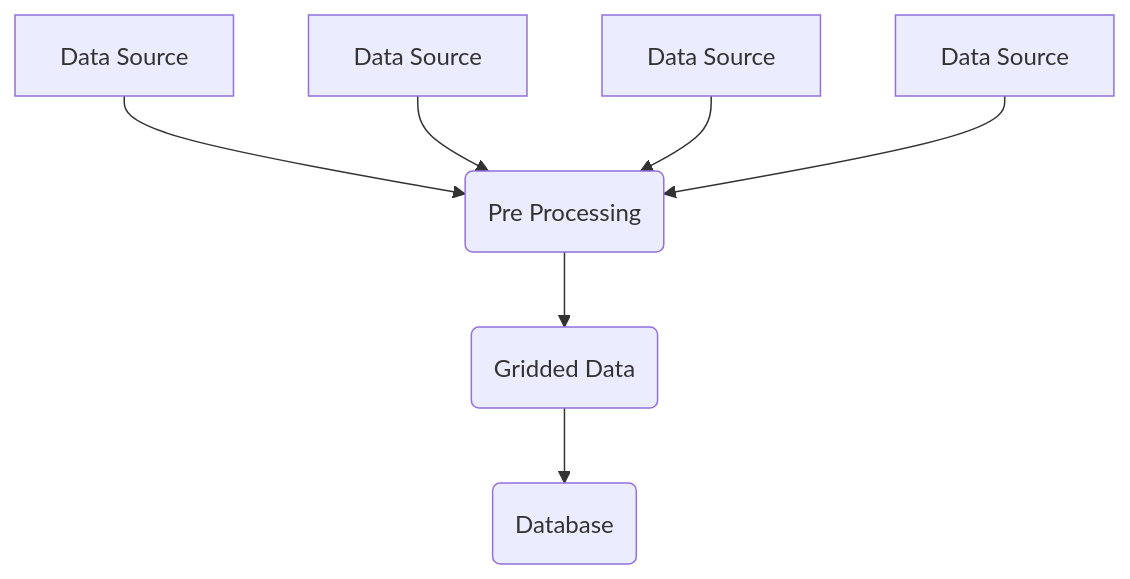
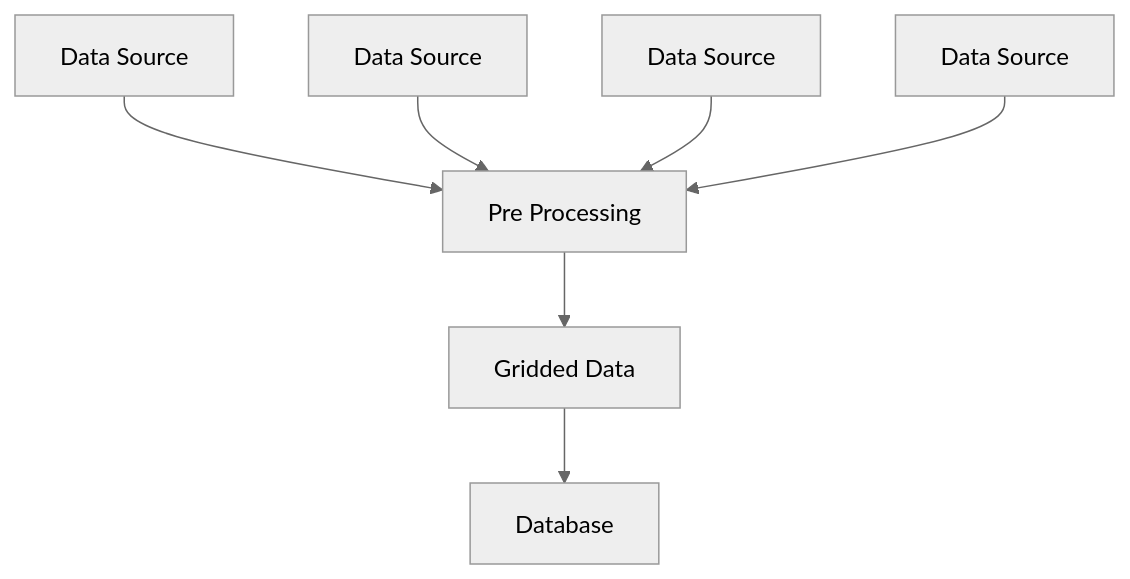
One commit to hugotseixas/tica-book changed the diagram in 03_methods.qmd. Above: the diagram before and after it, drawn with Mermaid. The commit also changed 4 other files, not shown here.

Commit message:
Change diagram theme.

````diff
--- a/03_methods.qmd
+++ b/03_methods.qmd
@@ -154,11 +154,13 @@
 ```{mermaid}
+%%| fig-width: 7.5
+%%{init: {'theme': 'neutral' } }%%
 
 flowchart TD
-    A[Data Source] --> E(Pre Processing)
-    B[Data Source] --> E(Pre Processing)
-    C[Data Source] --> E(Pre Processing)
-    D[Data Source] --> E(Pre Processing)
-    E(Pre Processing) --> F(Gridded Data)
-    F(Gridded Data) --> G(Database)
+    A[Data Source] --> E[Pre Processing]
+    B[Data Source] --> E[Pre Processing]
+    C[Data Source] --> E[Pre Processing]
+    D[Data Source] --> E[Pre Processing]
+    E[Pre Processing] --> F[Gridded Data]
+    F[Gridded Data] --> G[Database]
 
 ```
````
